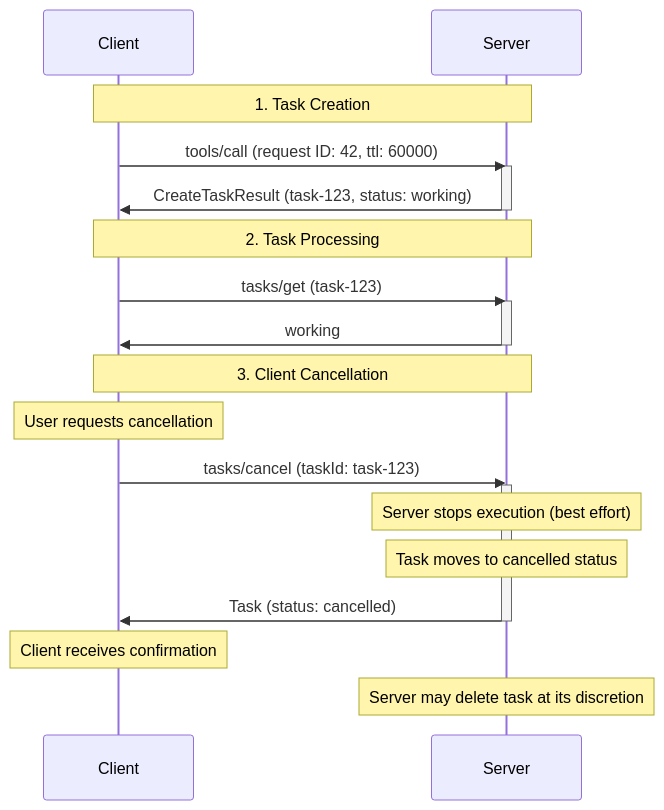
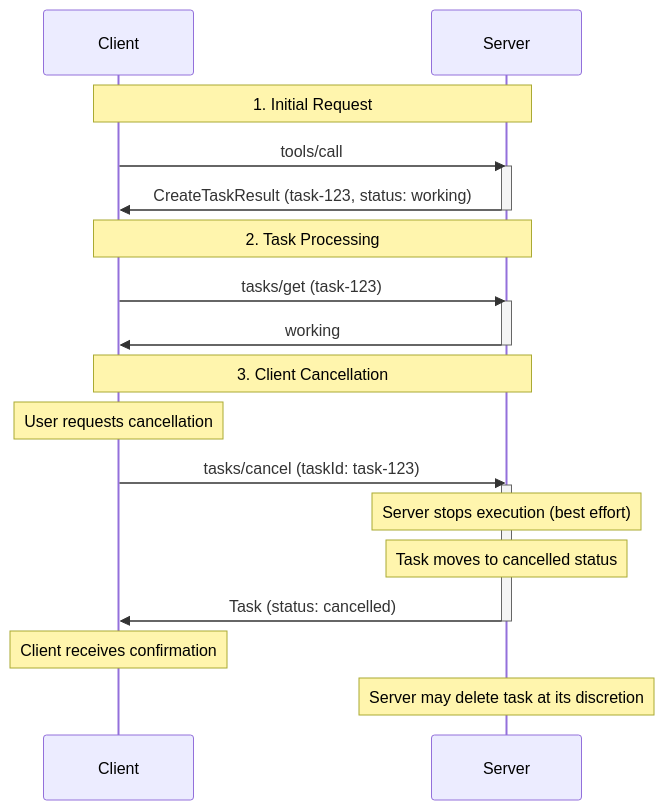
Before and after one commit to modelcontextprotocol/modelcontextprotocol: the fourth of 4 diagrams in docs/specification/draft/basic/utilities/tasks.mdx, drawn with Mermaid. The commit also changed other lines of this file and 5 other files, not shown here.

````diff
--- a/docs/specification/draft/basic/utilities/tasks.mdx
+++ b/docs/specification/draft/basic/utilities/tasks.mdx
@@ -710,32 +656,32 @@
 ```mermaid
 sequenceDiagram
     participant C as Client
     participant S as Server
 
-    Note over C,S: 1. Task Creation
-    C->>S: tools/call (request ID: 42, ttl: 60000)
+    Note over C,S: 1. Initial Request
+    C->>S: tools/call
     activate S
     S->>C: CreateTaskResult (task-123, status: working)
     deactivate S
 
     Note over C,S: 2. Task Processing
     C->>S: tasks/get (task-123)
     activate S
     S->>C: working
     deactivate S
 
     Note over C,S: 3. Client Cancellation
     Note over C: User requests cancellation
     C->>S: tasks/cancel (taskId: task-123)
     activate S
 
     Note over S: Server stops execution (best effort)
     Note over S: Task moves to cancelled status
 
     S->>C: Task (status: cancelled)
     deactivate S
 
     Note over C: Client receives confirmation
 
     Note over S: Server may delete task at its discretion
 ```
````
